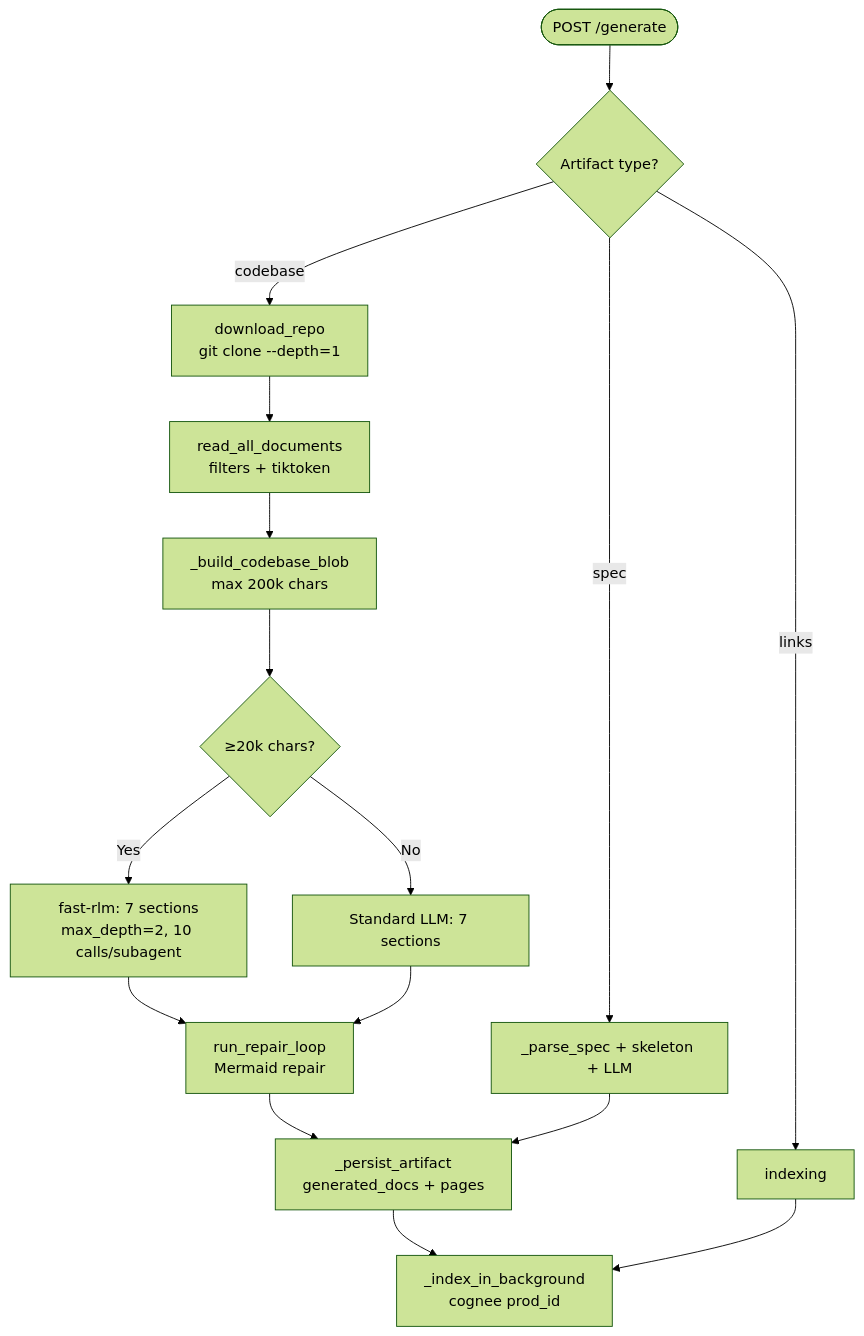
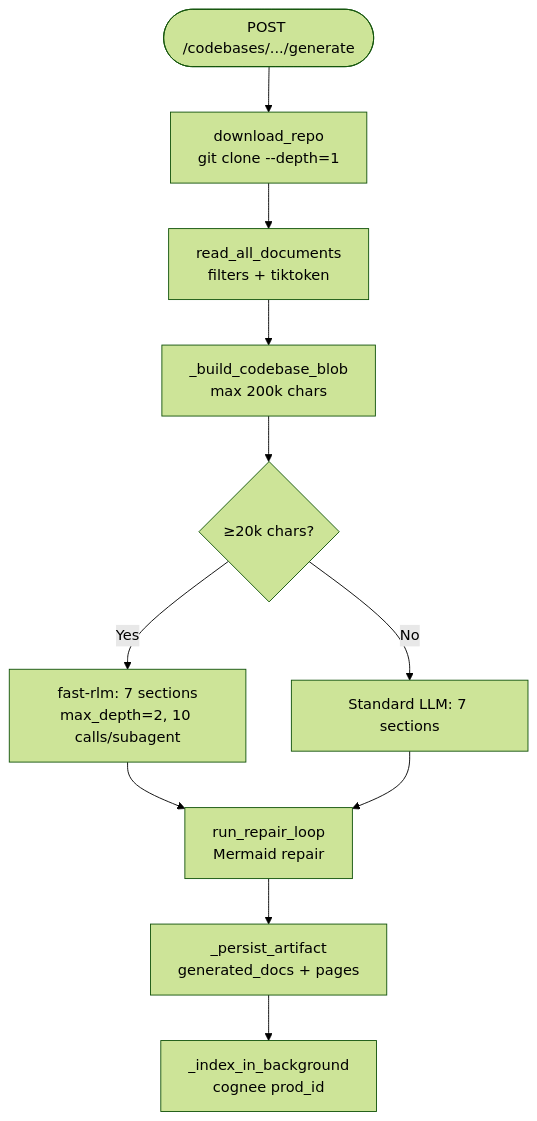
The second of 2 diagrams in README.md (bocharoviliyav/productarium), drawn with Mermaid (forest theme) before and after one commit. The commit also changed other lines of this file and 132 other files, not shown here.

````diff
--- a/README.md
+++ b/README.md
@@ -374,18 +372,13 @@
 ```mermaid
 flowchart TD
-  G([POST /generate]) --> Disp{Artifact type?}
-  Disp -->|codebase| CB[download_repo<br/>git clone --depth=1]
+  G([POST /codebases/.../generate]) --> CB[download_repo<br/>git clone --depth=1]
   CB --> Read[read_all_documents<br/>filters + tiktoken]
   Read --> Blob[_build_codebase_blob<br/>max 200k chars]
   Blob --> Len{≥20k chars?}
   Len -->|Yes| RLM[fast-rlm: 7 sections<br/>max_depth=2, 10 calls/subagent]
   Len -->|No| LLM[Standard LLM: 7 sections]
   RLM --> Repair[run_repair_loop<br/>Mermaid repair]
   LLM --> Repair
   Repair --> Pers[_persist_artifact<br/>generated_docs + pages]
   Pers --> Idx[_index_in_background<br/>cognee prod_id]
-  Disp -->|spec| Spec[_parse_spec + skeleton + LLM]
-  Disp -->|links| Links[indexing]
-  Spec --> Pers
-  Links --> Idx
 ```
````
